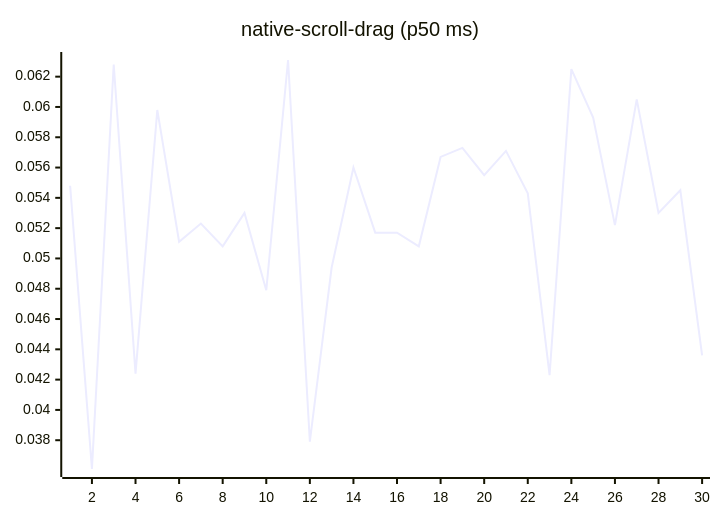
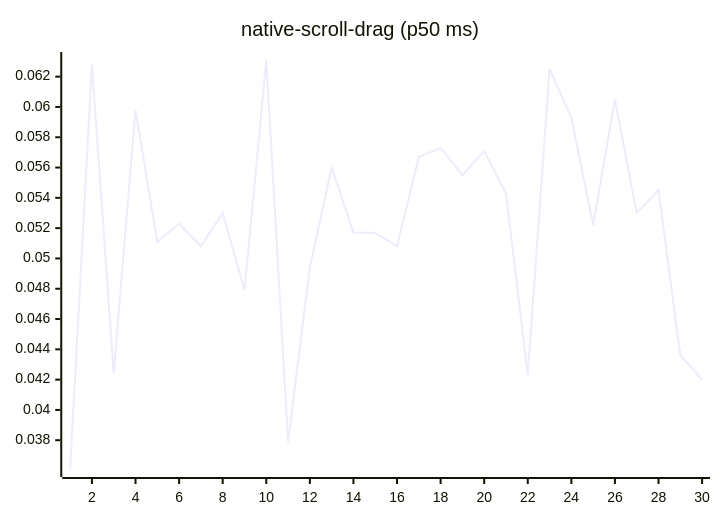
Diagram 14 of 27 in README.md (josha/Facet), drawn with Mermaid before and after one commit. The commit also changed other lines of this file and 2 other files, not shown here.

````diff
--- a/README.md
+++ b/README.md
@@ -154,6 +154,6 @@
 ```mermaid
 xychart-beta
     title "native-scroll-drag (p50 ms)"
     x-axis 1 --> 30
-    line [0.0548, 0.0361, 0.0628, 0.0424, 0.0598, 0.0511, 0.0523, 0.0508, 0.0530, 0.0479, 0.0631, 0.0379, 0.0494, 0.0560, 0.0517, 0.0517, 0.0508, 0.0567, 0.0573, 0.0555, 0.0571, 0.0543, 0.0423, 0.0625, 0.0593, 0.0522, 0.0605, 0.0530, 0.0545, 0.0436]
+    line [0.0361, 0.0628, 0.0424, 0.0598, 0.0511, 0.0523, 0.0508, 0.0530, 0.0479, 0.0631, 0.0379, 0.0494, 0.0560, 0.0517, 0.0517, 0.0508, 0.0567, 0.0573, 0.0555, 0.0571, 0.0543, 0.0423, 0.0625, 0.0593, 0.0522, 0.0605, 0.0530, 0.0545, 0.0436, 0.0420]
 ```
````
